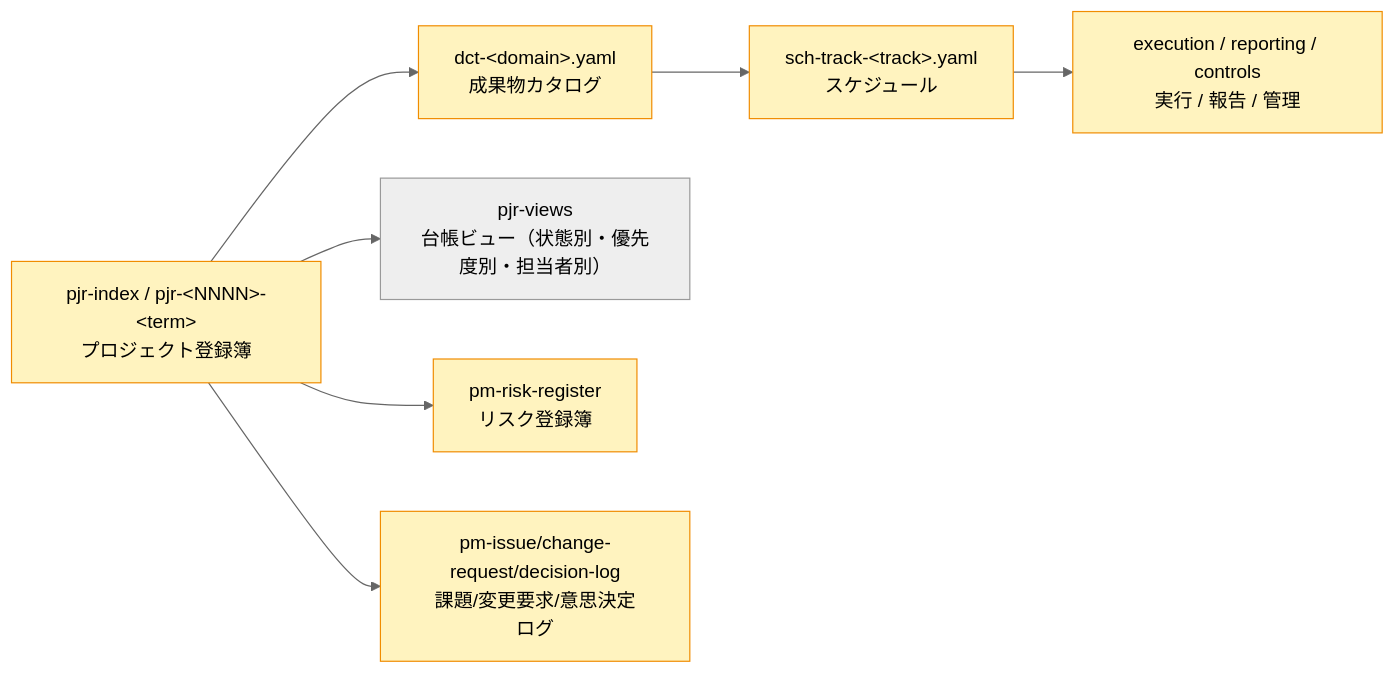
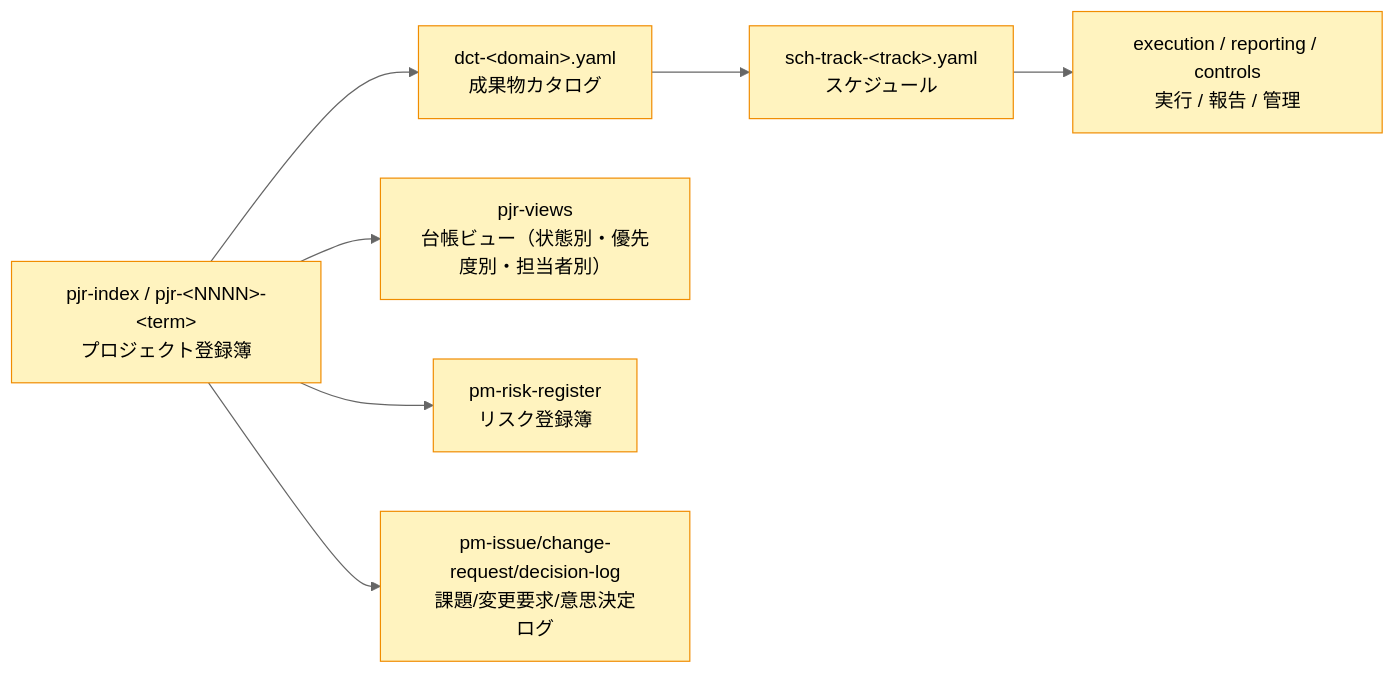
One commit to specdojo/specdojo changed the fourth of 4 diagrams in docs/ja/specdojo/guides/docs-structure-guide.md. Above: the diagram before and after it, drawn with Mermaid (neutral theme). The commit also changed 1 other file, not shown here.

Commit message:
docs(ai-update): structure-guide, contents-guideの整合性を修正

````diff
--- a/docs/ja/specdojo/guides/docs-structure-guide.md
+++ b/docs/ja/specdojo/guides/docs-structure-guide.md
@@ -411,19 +411,19 @@
 ```mermaid
 flowchart LR
 
   PJR["pjr-index / pjr-&lt;NNNN&gt;-&lt;term&gt;<br/>プロジェクト登録簿"]
   DC["dct-&lt;domain&gt;.yaml<br/>成果物カタログ"]
   SCH["sch-track-&lt;track&gt;.yaml<br/>スケジュール"]
   EXE["execution / reporting / controls<br/>実行 / 報告 / 管理"]
   PV["pjr-views<br/>台帳ビュー（状態別・優先度別・担当者別）"]
   PRR["pm-risk-register<br/>リスク登録簿"]
   PL["pm-issue/change-request/decision-log<br/>課題/変更要求/意思決定<br/>ログ"]
 
   PJR --> DC --> SCH --> EXE
   PJR --> PV
   PJR --> PRR
   PJR --> PL
 
   classDef projectWise fill:#fff3bf,stroke:#f08c00,color:#000;
-  class PJR,DC,SCH,EXE,POI,PB,PRR,PL projectWise;
+  class PJR,DC,SCH,EXE,PV,PRR,PL projectWise;
 ```
````
